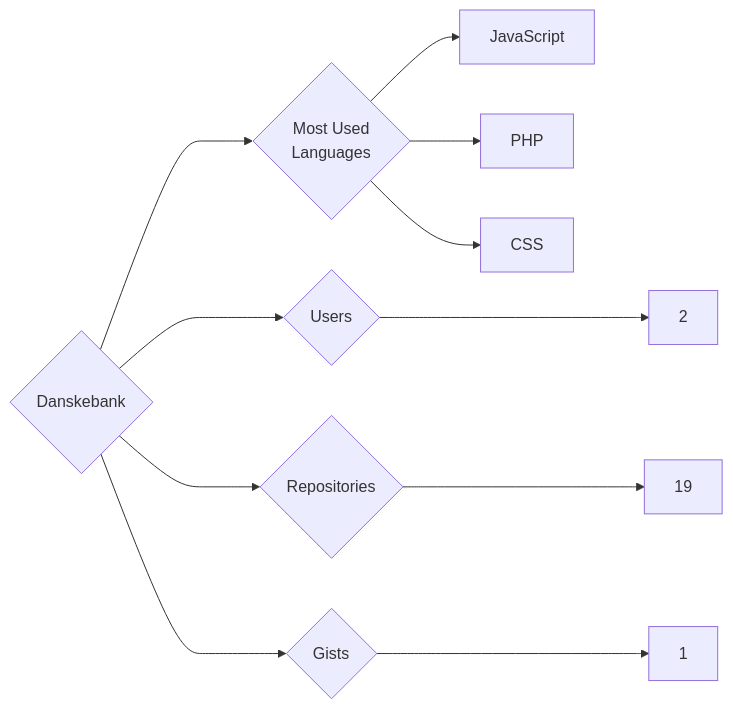
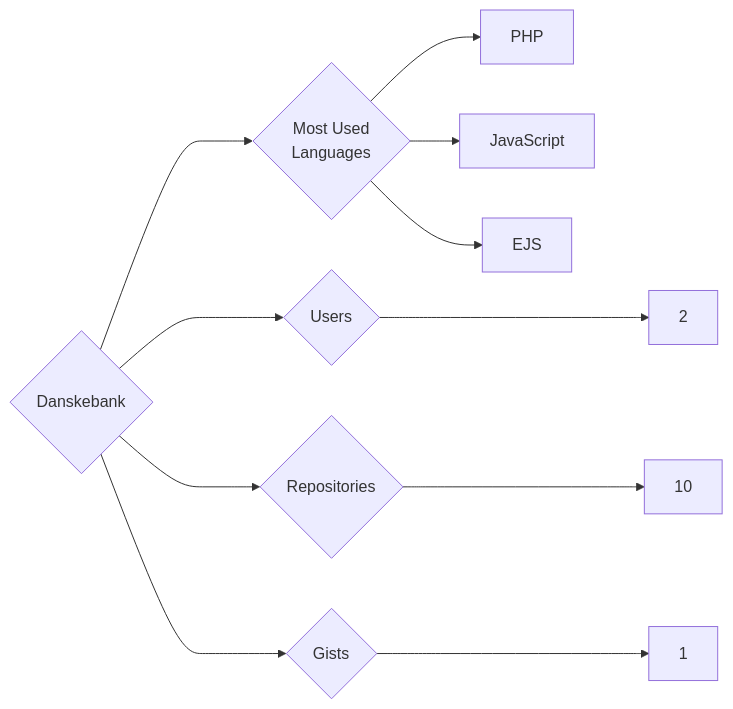
Before and after one commit to trickest/insiders: the diagram in targets/Danskebank/README.md, drawn with Mermaid. The commit also changed 1023 other files, not shown here.

````diff
--- a/targets/Danskebank/README.md
+++ b/targets/Danskebank/README.md
@@ -3,11 +3,11 @@
 ```mermaid
 graph LR
 COMPANY_NAME{Danskebank}
 COMPANY_NAME ---> U{Users} ---> UN[2]
-COMPANY_NAME ---> R{Repositories} ---> RN[19]
+COMPANY_NAME ---> R{Repositories} ---> RN[10]
 COMPANY_NAME ---> G{Gists} ---> GN[1]
 COMPANY_NAME ---> ML{Most Used<br>Languages}
+ML --> PHP[PHP]
 ML --> JavaScript[JavaScript]
-ML --> PHP[PHP]
-ML --> CSS[CSS]
+ML --> EJS[EJS]
 ```
````
